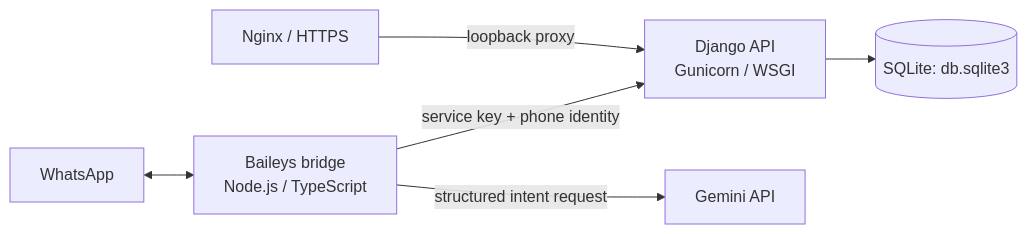
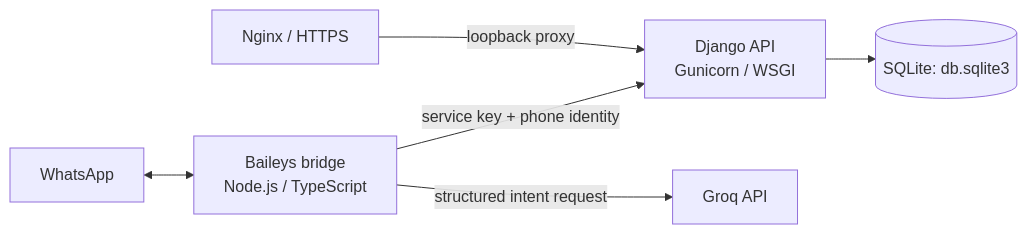
One commit to Kamate2025/financial-discipline-assistant changed the diagram in docs/DEPLOYMENT.md. Above: the diagram before and after it, drawn with Mermaid. The commit also changed other lines of this file and 16 other files, not shown here.

````diff
--- a/docs/DEPLOYMENT.md
+++ b/docs/DEPLOYMENT.md
@@ -7,8 +7,8 @@
 ```mermaid
 flowchart LR
   WA[WhatsApp] <--> B[Baileys bridge<br/>Node.js / TypeScript]
   B -->|service key + phone identity| D[Django API<br/>Gunicorn / WSGI]
   D --> DB[(SQLite: db.sqlite3)]
-  B -->|structured intent request| G[Gemini API]
+  B -->|structured intent request| G[Groq API]
   N[Nginx / HTTPS] -->|loopback proxy| D
 ```
````
